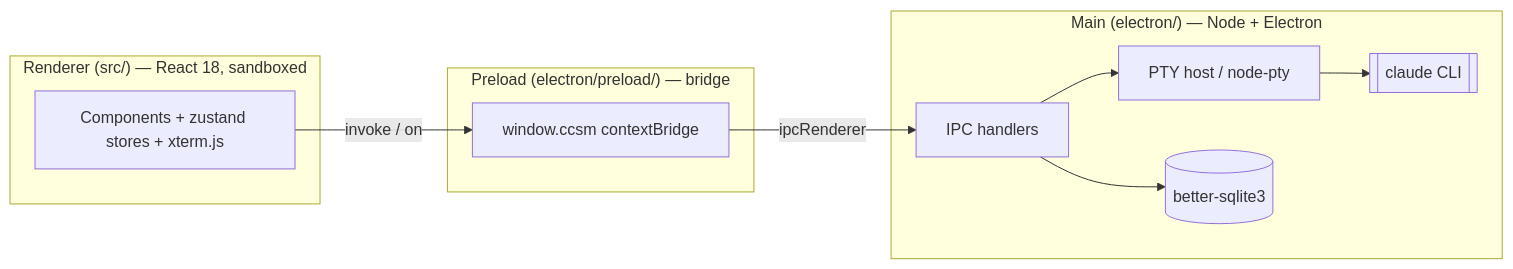
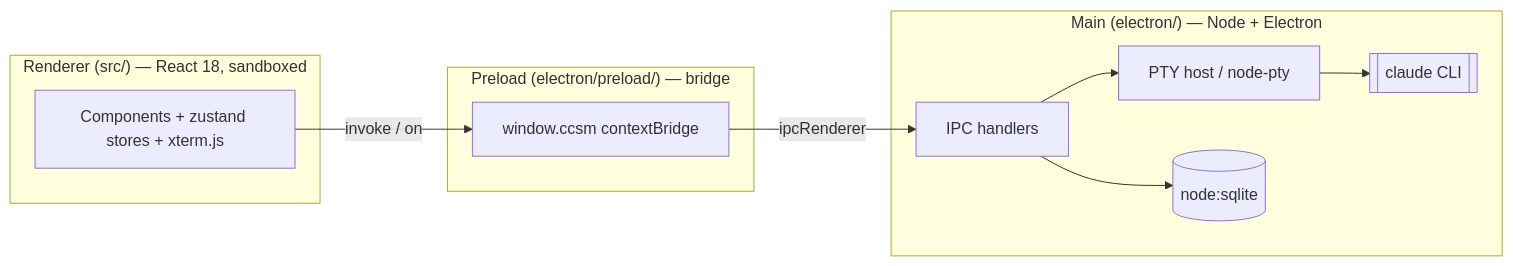
The diagram in AGENTS.md (Jiahui-Gu/ccsm), drawn with Mermaid before and after one commit. The commit also changed other lines of this file and 15 other files, not shown here.

First line of the commit message:
refactor(db): migrate better-sqlite3 -> node:sqlite (eliminate native-ABI test/prod split) (#1475)

````diff
--- a/AGENTS.md
+++ b/AGENTS.md
@@ -38,20 +39,20 @@
 ```mermaid
 flowchart LR
   subgraph Renderer["Renderer (src/) — React 18, sandboxed"]
     UI[Components + zustand stores + xterm.js]
   end
   subgraph Preload["Preload (electron/preload/) — bridge"]
     Bridge["window.ccsm contextBridge"]
   end
   subgraph Main["Main (electron/) — Node + Electron"]
     IPC[IPC handlers]
     PTY[PTY host / node-pty]
-    DB[(better-sqlite3)]
+    DB[(node:sqlite)]
     CLI[[claude CLI]]
   end
   UI -->|invoke / on| Bridge
   Bridge -->|ipcRenderer| IPC
   IPC --> PTY
   IPC --> DB
   PTY --> CLI
 ```
````
